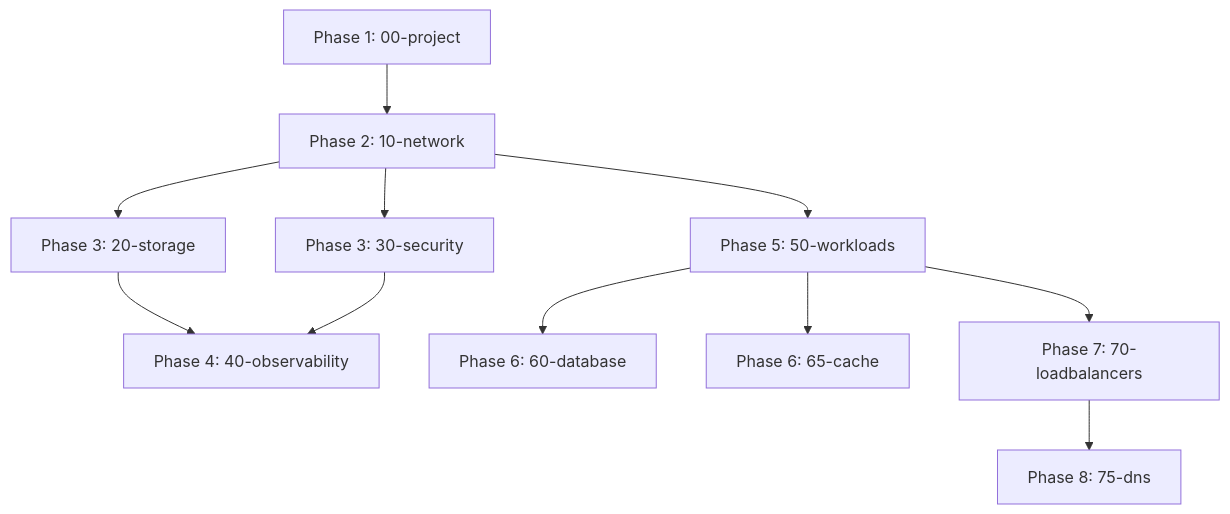
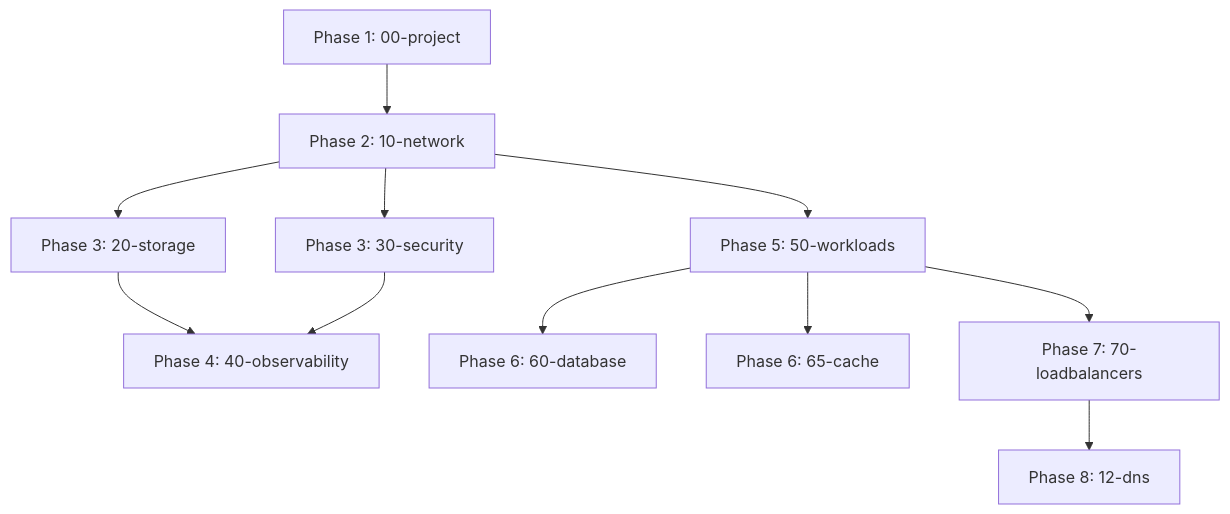
The diagram in terraform_gcp_infra/docs/guides/terragrunt-usage.md (JSJ2337/GCP_terraform_code), drawn with Mermaid before and after one commit. The commit also changed other lines of this file and 33 other files, not shown here.

````diff
--- a/terraform_gcp_infra/docs/guides/terragrunt-usage.md
+++ b/terraform_gcp_infra/docs/guides/terragrunt-usage.md
@@ -270,13 +270,13 @@
 ```mermaid
 graph TD
     P1[Phase 1: 00-project] --> P2[Phase 2: 10-network]
     P2 --> P3A[Phase 3: 20-storage]
     P2 --> P3B[Phase 3: 30-security]
     P3A --> P4[Phase 4: 40-observability]
     P3B --> P4
     P2 --> P5[Phase 5: 50-workloads]
     P5 --> P6A[Phase 6: 60-database]
     P5 --> P6B[Phase 6: 65-cache]
     P5 --> P7[Phase 7: 70-loadbalancers]
-    P7 --> P8[Phase 8: 75-dns]
+    P7 --> P8[Phase 8: 12-dns]
 ```
````
